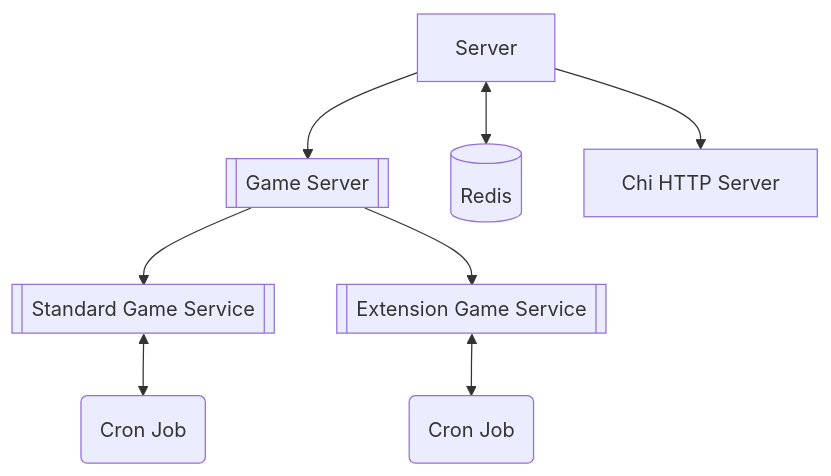
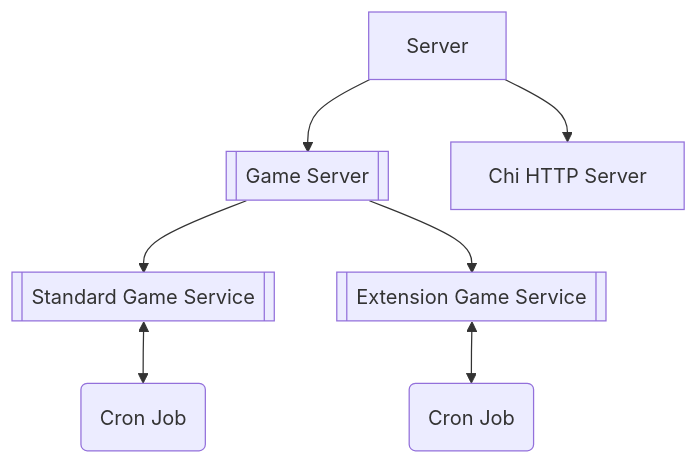
One commit to Zadigo/myboardgames changed the first of 2 diagrams in services/basegame/README.md. Above: the diagram before and after it, drawn with Mermaid. The commit also changed other lines of this file and 19 other files, not shown here.

````diff
--- a/services/basegame/README.md
+++ b/services/basegame/README.md
@@ -7,13 +7,12 @@
 ```mermaid
 flowchart
 
 S[Server] --> G[[Game Server]]
-S <--> R[(Redis)]
 S[Server] --> C[Chi HTTP Server]
 
 G --> ST[[Standard Game Service]]
 G --> EX[[Extension Game Service]]
 
 EX <--> CR1(Cron Job)
 ST <--> CR2(Cron Job)
 ```
````
